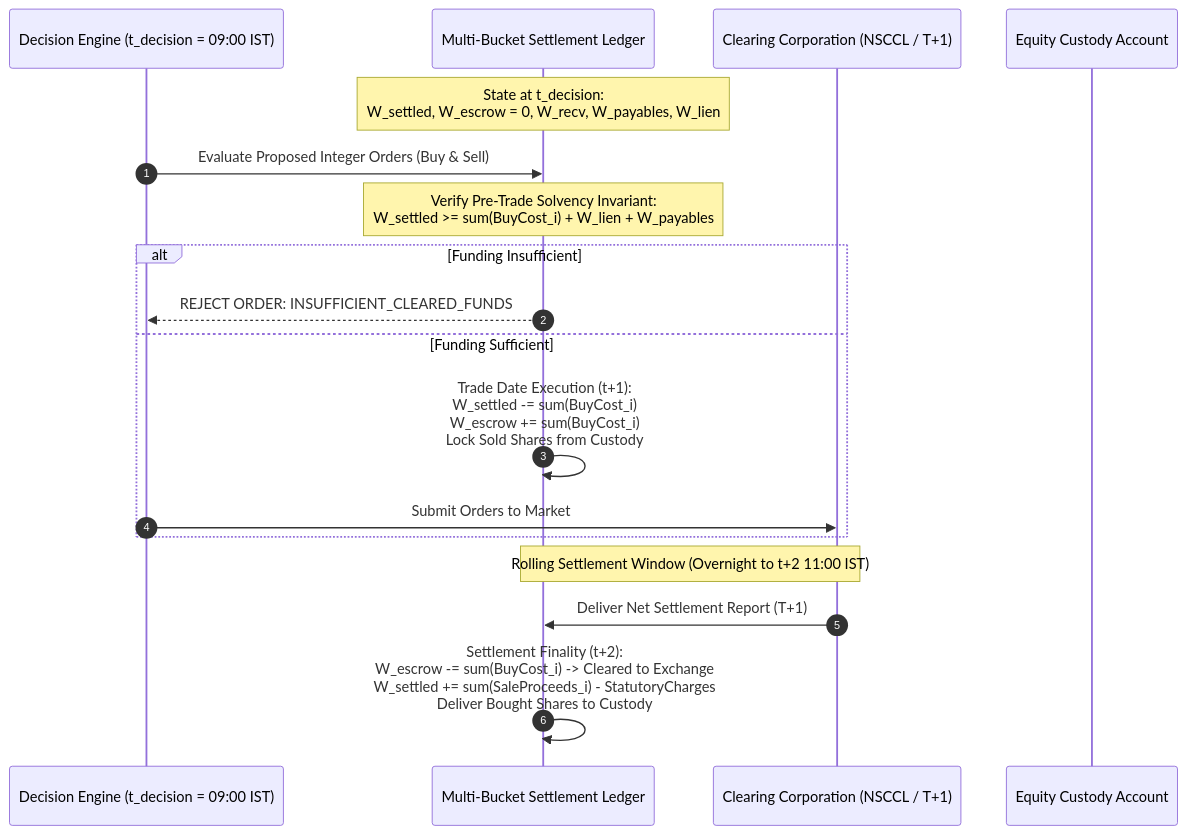
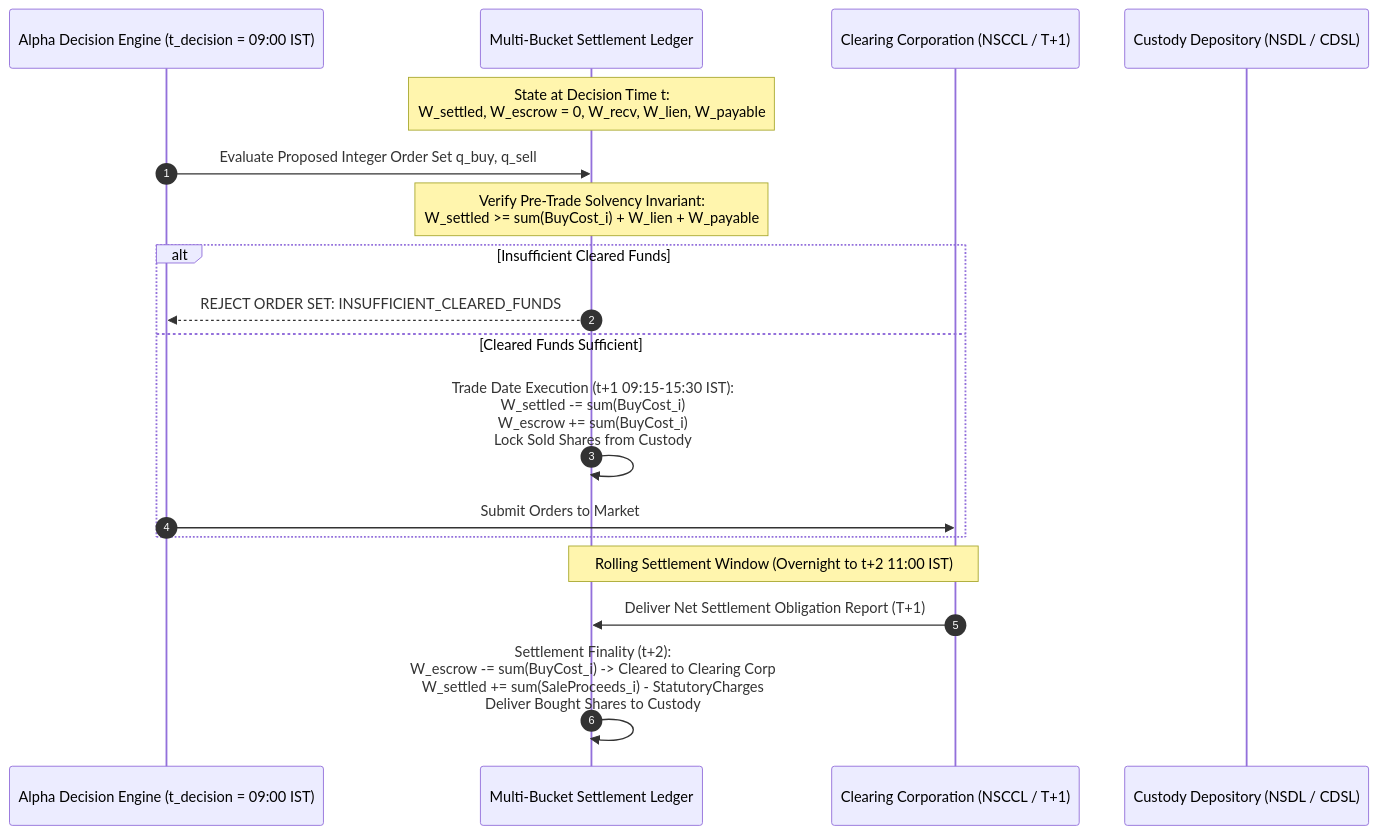
The first of 7 diagrams in README.md (2k25it2514261-cloud/alphaniti), drawn with Mermaid before and after one commit. The commit also changed other lines of this file, not shown here.

Commit message:
docs: release AlphaNiti v19.0 master engineering architecture and complete proof register

````diff
--- a/README.md
+++ b/README.md
@@ -23,22 +25,22 @@
 ```mermaid
 sequenceDiagram
     autonumber
-    participant Trader as Decision Engine (t_decision = 09:00 IST)
+    participant Strategy as Alpha Decision Engine (t_decision = 09:00 IST)
     participant Ledger as Multi-Bucket Settlement Ledger
     participant Clearing as Clearing Corporation (NSCCL / T+1)
-    participant Custody as Equity Custody Account
+    participant Custody as Custody Depository (NSDL / CDSL)
 
-    Note over Ledger: State at t_decision:<br>W_settled, W_escrow = 0, W_recv, W_payables, W_lien
-    Trader->>Ledger: Evaluate Proposed Integer Orders (Buy & Sell)
-    Note over Ledger: Verify Pre-Trade Solvency Invariant:<br>W_settled >= sum(BuyCost_i) + W_lien + W_payables
-    alt Funding Insufficient
-        Ledger-->>Trader: REJECT ORDER: INSUFFICIENT_CLEARED_FUNDS
-    else Funding Sufficient
-        Ledger->>Ledger: Trade Date Execution (t+1):<br>W_settled -= sum(BuyCost_i)<br>W_escrow += sum(BuyCost_i)<br>Lock Sold Shares from Custody
-        Trader->>Clearing: Submit Orders to Market
+    Note over Ledger: State at Decision Time t:<br>W_settled, W_escrow = 0, W_recv, W_lien, W_payable
+    Strategy->>Ledger: Evaluate Proposed Integer Order Set q_buy, q_sell
+    Note over Ledger: Verify Pre-Trade Solvency Invariant:<br>W_settled >= sum(BuyCost_i) + W_lien + W_payable
+    alt Insufficient Cleared Funds
+        Ledger-->>Strategy: REJECT ORDER SET: INSUFFICIENT_CLEARED_FUNDS
+    else Cleared Funds Sufficient
+        Ledger->>Ledger: Trade Date Execution (t+1 09:15-15:30 IST):<br>W_settled -= sum(BuyCost_i)<br>W_escrow += sum(BuyCost_i)<br>Lock Sold Shares from Custody
+        Strategy->>Clearing: Submit Orders to Market
     end
 
     Note over Clearing,Ledger: Rolling Settlement Window (Overnight to t+2 11:00 IST)
-    Clearing->>Ledger: Deliver Net Settlement Report (T+1)
-    Ledger->>Ledger: Settlement Finality (t+2):<br>W_escrow -= sum(BuyCost_i) -> Cleared to Exchange<br>W_settled += sum(SaleProceeds_i) - StatutoryCharges<br>Deliver Bought Shares to Custody
+    Clearing->>Ledger: Deliver Net Settlement Obligation Report (T+1)
+    Ledger->>Ledger: Settlement Finality (t+2):<br>W_escrow -= sum(BuyCost_i) -> Cleared to Clearing Corp<br>W_settled += sum(SaleProceeds_i) - StatutoryCharges<br>Deliver Bought Shares to Custody
 ```
````
